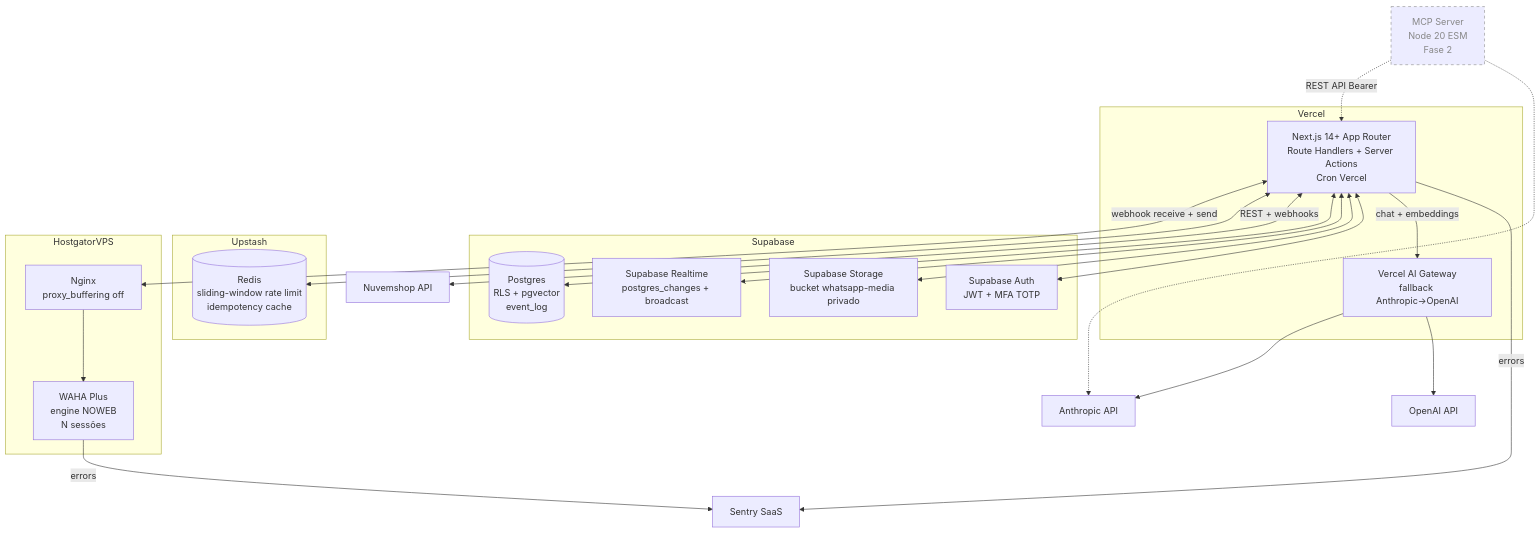
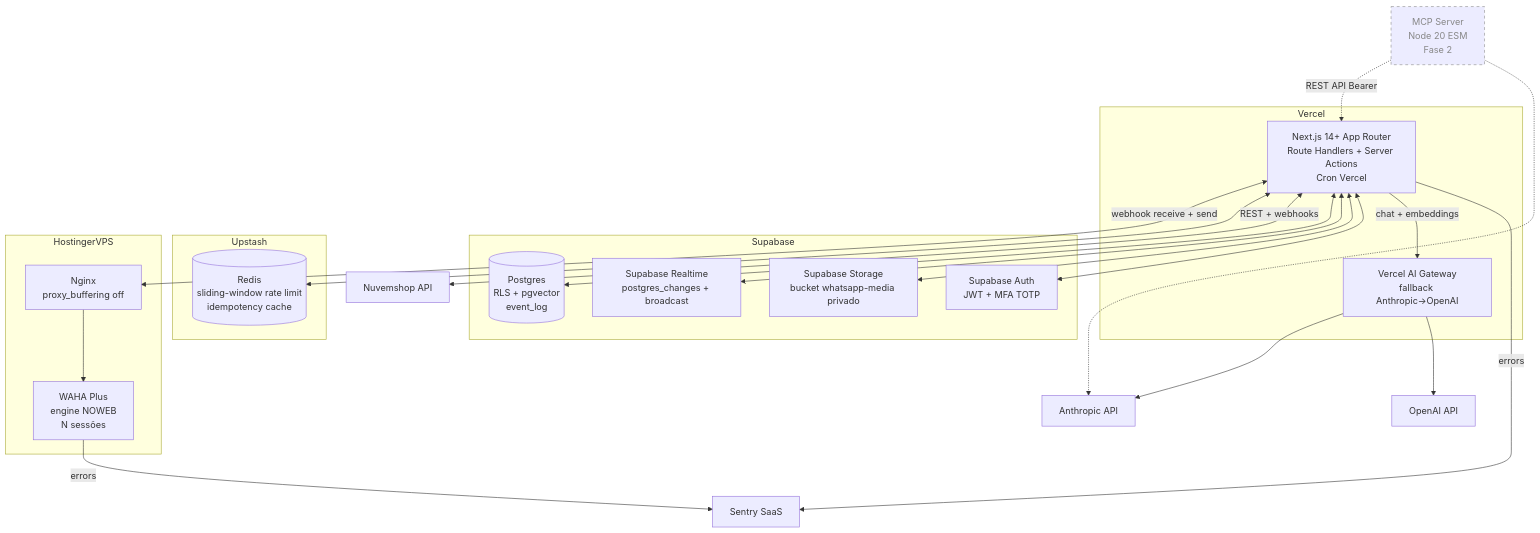
Before and after one commit to 1thiagoCRUZ/deskcomm-treenity: the second of 15 diagrams in docs/research/architecture-diagrams.md, drawn with Mermaid. The commit also changed other lines of this file and 124 other files, not shown here.

````diff
--- a/docs/research/architecture-diagrams.md
+++ b/docs/research/architecture-diagrams.md
@@ -55,49 +55,49 @@
 ```mermaid
 graph TB
     subgraph Vercel
         NextApp[Next.js 14+ App Router<br/>Route Handlers + Server Actions<br/>Cron Vercel]
         AIGW[Vercel AI Gateway<br/>fallback Anthropic→OpenAI]
     end
 
     subgraph Supabase
         PG[(Postgres<br/>RLS + pgvector<br/>event_log)]
         RT[Supabase Realtime<br/>postgres_changes + broadcast]
         ST[Supabase Storage<br/>bucket whatsapp-media privado]
         Auth[Supabase Auth<br/>JWT + MFA TOTP]
     end
 
     subgraph Upstash
         Redis[(Redis<br/>sliding-window rate limit<br/>idempotency cache)]
     end
 
-    subgraph HostgatorVPS
+    subgraph HostingerVPS
         Nginx[Nginx<br/>proxy_buffering off]
         WAHA[WAHA Plus<br/>engine NOWEB<br/>N sessões]
     end
 
     Sentry[Sentry SaaS]
     Anthropic[Anthropic API]
     OpenAI[OpenAI API]
     NS[Nuvemshop API]
 
     MCP[MCP Server<br/>Node 20 ESM<br/>Fase 2]:::future
 
     NextApp <--> PG
     NextApp <--> RT
     NextApp <--> ST
     NextApp <--> Auth
     NextApp <--> Redis
     NextApp -->|chat + embeddings| AIGW
     AIGW --> Anthropic
     AIGW --> OpenAI
     NextApp <-->|REST + webhooks| NS
     Nginx --> WAHA
     NextApp <-->|webhook receive + send| Nginx
     NextApp -->|errors| Sentry
     WAHA -->|errors| Sentry
 
     MCP -.->|REST API Bearer| NextApp
     MCP -.-> Anthropic
 
     classDef future stroke-dasharray: 5 5,stroke:#888,color:#888
 ```
````
